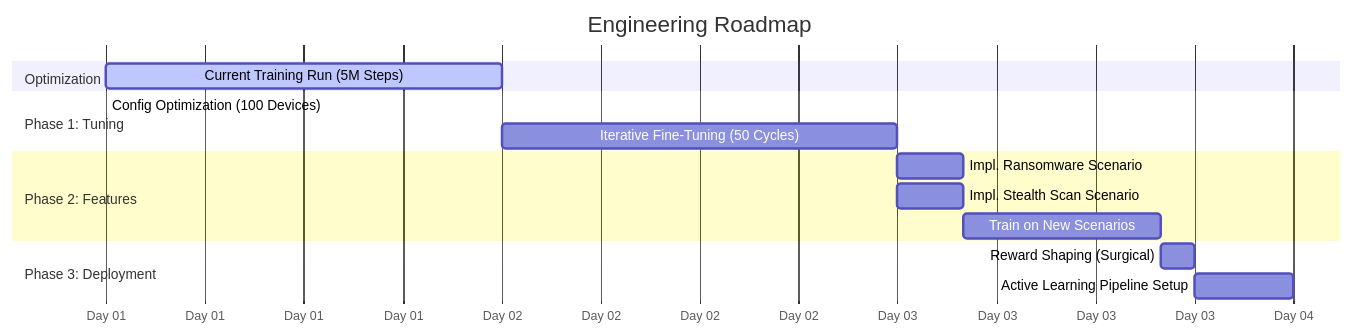
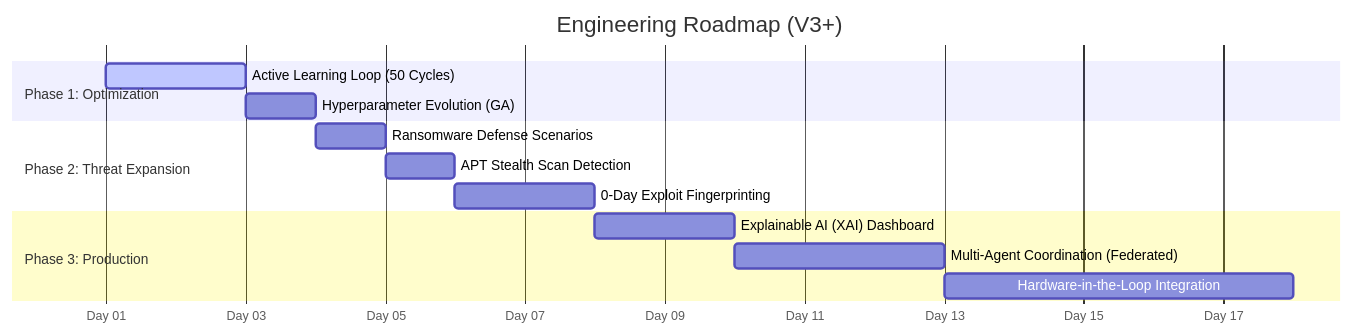
Before and after one commit to didi-09/AI_DRIVEN_SOAR: the fifth of 5 diagrams in README.md, drawn with Mermaid. The commit also changed other lines of this file, not shown here.

Commit message:
Revise Future Roadmap and Feature Descriptions
Updated the roadmap and feature explanations for clarity and detail.

````diff
--- a/README.md
+++ b/README.md
@@ -195,22 +195,20 @@
 ```mermaid
 gantt
-    title Engineering Roadmap
+    title Engineering Roadmap (V3+)
     dateFormat  X
     axisFormat Day %d
     
-    section Optimization
-    Current Training Run (5M Steps)      :active, t1, 0, 1d
+    section Phase 1: Optimization
+    Active Learning Loop (50 Cycles)     :active, t1, 0, 2d
+    Hyperparameter Evolution (GA)        :         t2, after t1, 1d
     
-    section Phase 1: Tuning
-    Config Optimization (100 Devices)    :done,   t2, 0, 0
-    Iterative Fine-Tuning (50 Cycles)    :         t3, after t1, 1d
+    section Phase 2: Threat Expansion
+    Ransomware Defense Scenarios         :         t3, after t2, 1d
+    APT Stealth Scan Detection           :         t4, after t3, 1d
+    0-Day Exploit Fingerprinting         :         t5, after t4, 2d
     
-    section Phase 2: Features
-    Impl. Ransomware Scenario            :         t4, after t3, 4h
-    Impl. Stealth Scan Scenario          :         t5, after t3, 4h
-    Train on New Scenarios               :         t6, after t5, 12h
-    
-    section Phase 3: Deployment
-    Reward Shaping (Surgical)            :         t7, after t6, 2h
-    Active Learning Pipeline Setup       :         t8, after t7, 6h
+    section Phase 3: Production
+    Explainable AI (XAI) Dashboard       :         t6, after t5, 2d
+    Multi-Agent Coordination (Federated) :         t7, after t6, 3d
+    Hardware-in-the-Loop Integration     :         t8, after t7, 5d
 ```
````
